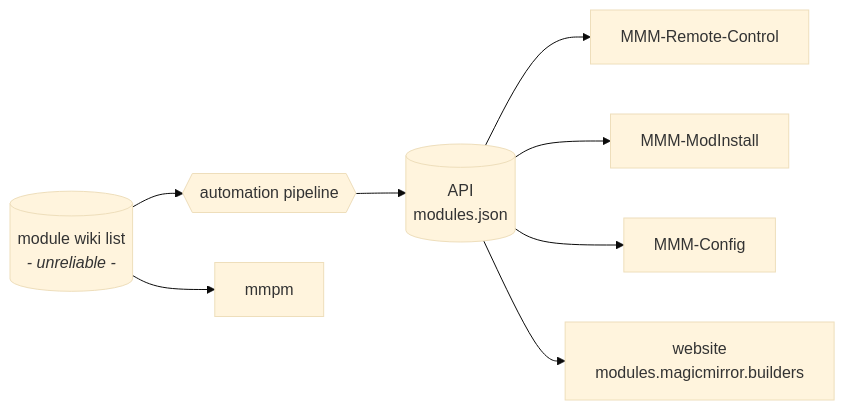
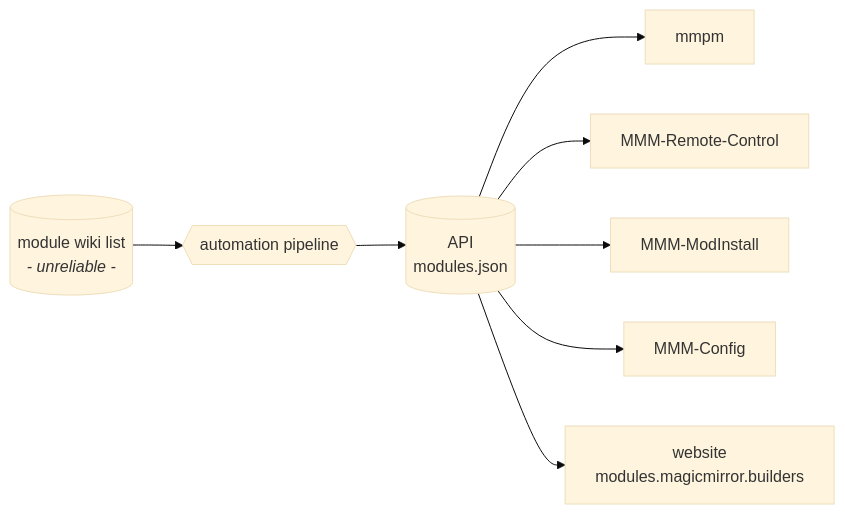
Before and after one commit to KristjanESPERANTO/MagicMirror-3rd-Party-Modules: the fourth of 5 diagrams in docs/architecture.md, drawn with Mermaid (base theme).

Commit message:
docs: update current workflow diagram

````diff
--- a/docs/architecture.md
+++ b/docs/architecture.md
@@ -192,18 +192,18 @@
 ```mermaid
 flowchart LR
   wiki[(module wiki list<br><i>- unreliable -</i>)]
   pipeline{{automation pipeline}}
   api[(API<br>modules.json)]
   remote[MMM-Remote-Control]
   modinstall[MMM-ModInstall]
   config[MMM-Config]
   mmpm[mmpm]
   moduleWebsite[website<br>modules.magicmirror.builders]
 
   wiki --> pipeline --> api
+  api --> mmpm
   api --> remote
   api --> modinstall
   api --> config
   api --> moduleWebsite
-  wiki --> mmpm
 ```
````
